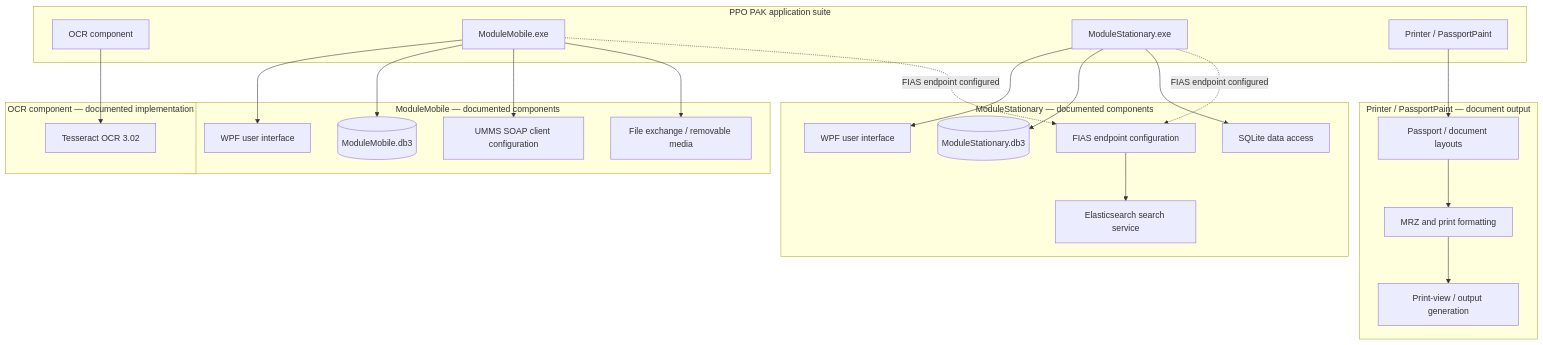
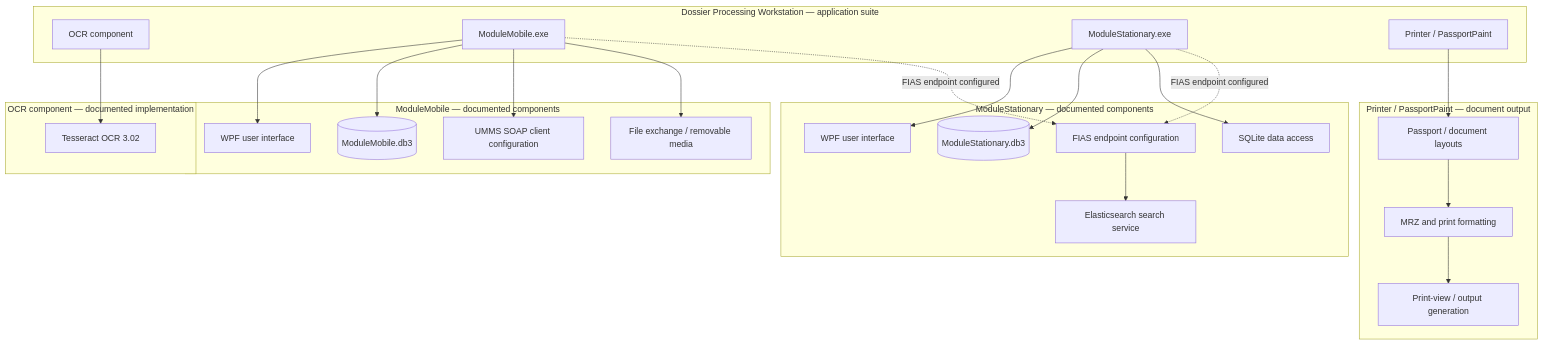
One commit to ekatmoz88-alt/territory-descriptor-unified changed the eighth of 10 diagrams in materials/architecture/README.md. Above: the diagram before and after it, drawn with Mermaid. The commit also changed other lines of this file, not shown here.

Commit message:
Clarify Dossier Processing Workstation boundary

````diff
--- a/materials/architecture/README.md
+++ b/materials/architecture/README.md
@@ -219,43 +219,43 @@
 ```mermaid
 flowchart TB
-  subgraph SUITE["PPO PAK application suite"]
+  subgraph SUITE["Dossier Processing Workstation — application suite"]
     OCRAPP["OCR component"]
     MOBILE["ModuleMobile.exe"]
     STATIONARY["ModuleStationary.exe"]
     PRINT["Printer / PassportPaint"]
   end
   subgraph OCRPARTS["OCR component — documented implementation"]
     OCR["Tesseract OCR 3.02"]
   end
   subgraph MOBILEPARTS["ModuleMobile — documented components"]
     MUI["WPF user interface"]
     MOBDB[("ModuleMobile.db3")]
     SOAP["UMMS SOAP client configuration"]
     FILEOUT["File exchange / removable media"]
   end
   subgraph STPARTS["ModuleStationary — documented components"]
     SUI["WPF user interface"]
     STDB[("ModuleStationary.db3")]
     SQLITE["SQLite data access"]
     FIAS["FIAS endpoint configuration"]
     ELASTIC["Elasticsearch search service"]
   end
   subgraph PRINTPARTS["Printer / PassportPaint — document output"]
     LAYOUT["Passport / document layouts"]
     MRZ["MRZ and print formatting"]
     OUTPUT["Print-view / output generation"]
   end
   OCRAPP --> OCR
   MOBILE --> MUI
   MOBILE --> MOBDB
   MOBILE --> SOAP
   MOBILE --> FILEOUT
   STATIONARY --> SUI
   STATIONARY --> STDB
   STATIONARY --> SQLITE
   MOBILE -.->|FIAS endpoint configured| FIAS
   STATIONARY -.->|FIAS endpoint configured| FIAS
   FIAS --> ELASTIC
   PRINT --> LAYOUT
   LAYOUT --> MRZ --> OUTPUT
 ```
````
